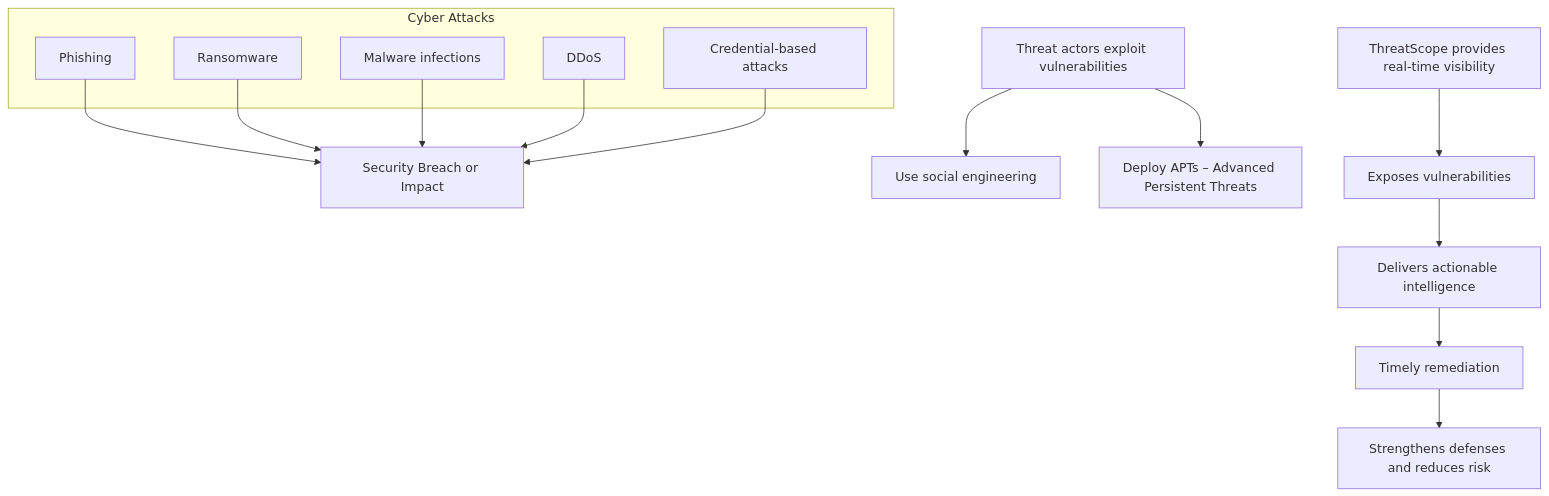
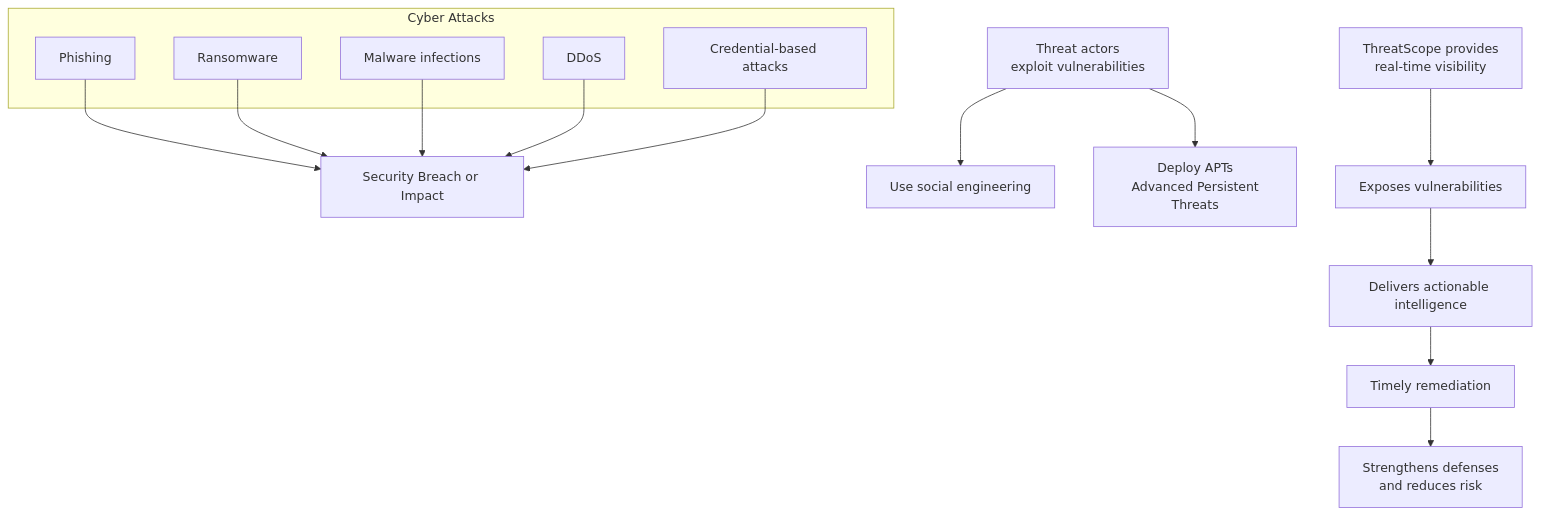
The diagram in docs/index.md (RayNawfal/DemoApp), drawn with Mermaid before and after one commit.

Commit message:
Wrap flowchart text

````diff
--- a/docs/index.md
+++ b/docs/index.md
@@ -10,26 +10,26 @@
 ```mermaid
 
 flowchart TD
     subgraph Cyber Attacks
         K[Phishing]
         L[Ransomware]
         M[Malware infections]
         N[DDoS]
         O[Credential-based attacks]
     end
 
     K --> S[Security Breach or Impact]
     L --> S
     M --> S
     N --> S
     O --> S
 
-    P[Threat actors exploit vulnerabilities] --> Q[Use social engineering]
-    P --> R[Deploy APTs – Advanced Persistent Threats]
+    P[Threat actors<br/>exploit vulnerabilities] --> Q[Use social engineering]
+    P --> R[Deploy APTs<br/> Advanced Persistent Threats]
 
-    T[ThreatScope provides real-time visibility] --> U[Exposes vulnerabilities]
+    T[ThreatScope provides<br/>real-time visibility] --> U[Exposes vulnerabilities]
     U --> V[Delivers actionable intelligence]
     V --> W[Timely remediation]
-    W --> X[Strengthens defenses and reduces risk]
+    W --> X[Strengthens defenses <br/>and reduces risk]
     
 ```
````
